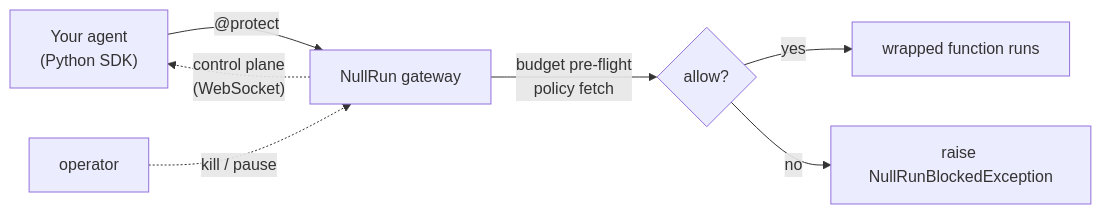
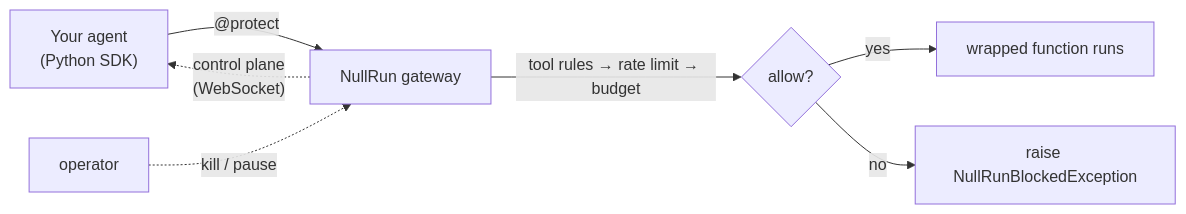
One commit to nullrunio/nullrun-docs changed the first of 2 diagrams in docs/index.md. Above: the diagram before and after it, drawn with Mermaid. The commit also changed other lines of this file and 53 other files, not shown here.

````diff
--- a/docs/index.md
+++ b/docs/index.md
@@ -80,9 +80,9 @@
 ```mermaid
 flowchart LR
   Agent["Your agent<br/>(Python SDK)"] -->|"@protect"| Gateway["NullRun gateway"]
-  Gateway -->|"budget pre-flight<br/>policy fetch"| Decision{"allow?"}
+  Gateway -->|"tool rules → rate limit → budget"| Decision{"allow?"}
   Decision -->|"yes"| Body["wrapped function runs"]
   Decision -->|"no"| Block["raise NullRunBlockedException"]
   Operator["operator"] -.->|"kill / pause"| Gateway
   Gateway -.->|"control plane<br/>(WebSocket)"| Agent
 ```
````
